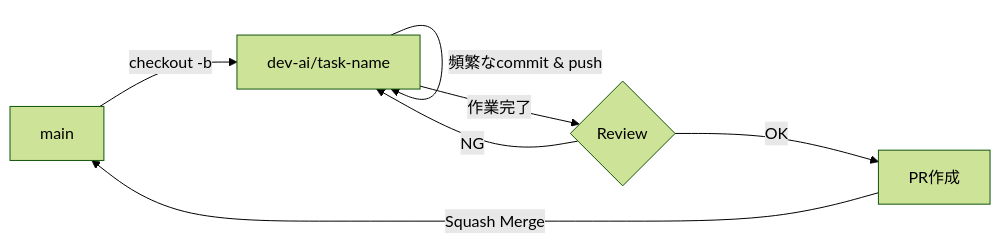
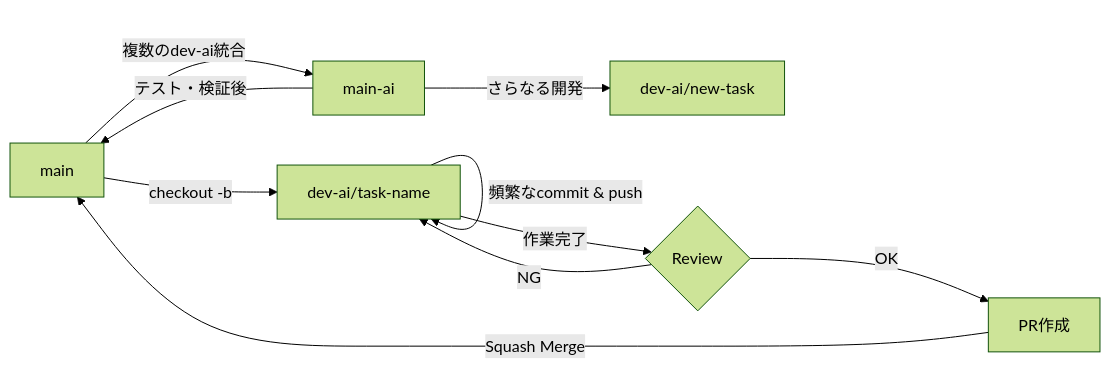
One commit to plumiume/python-cslrtools2 changed the diagram in BRANCHING_STRATEGY.md. Above: the diagram before and after it, drawn with Mermaid (forest theme). The commit also changed other lines of this file, not shown here.

First line of the commit message:
docs: Add main-ai branch documentation to BRANCHING_STRATEGY

````diff
--- a/BRANCHING_STRATEGY.md
+++ b/BRANCHING_STRATEGY.md
@@ -112,9 +113,12 @@
 ```mermaid
 graph LR
     A[main] -->|checkout -b| B[dev-ai/task-name]
     B -->|頻繁なcommit & push| B
     B -->|作業完了| C{Review}
     C -->|OK| D[PR作成]
     D -->|Squash Merge| A
     C -->|NG| B
+    A -->|複数のdev-ai統合| E[main-ai]
+    E -->|さらなる開発| F[dev-ai/new-task]
+    E -->|テスト・検証後| A
 ```
````
